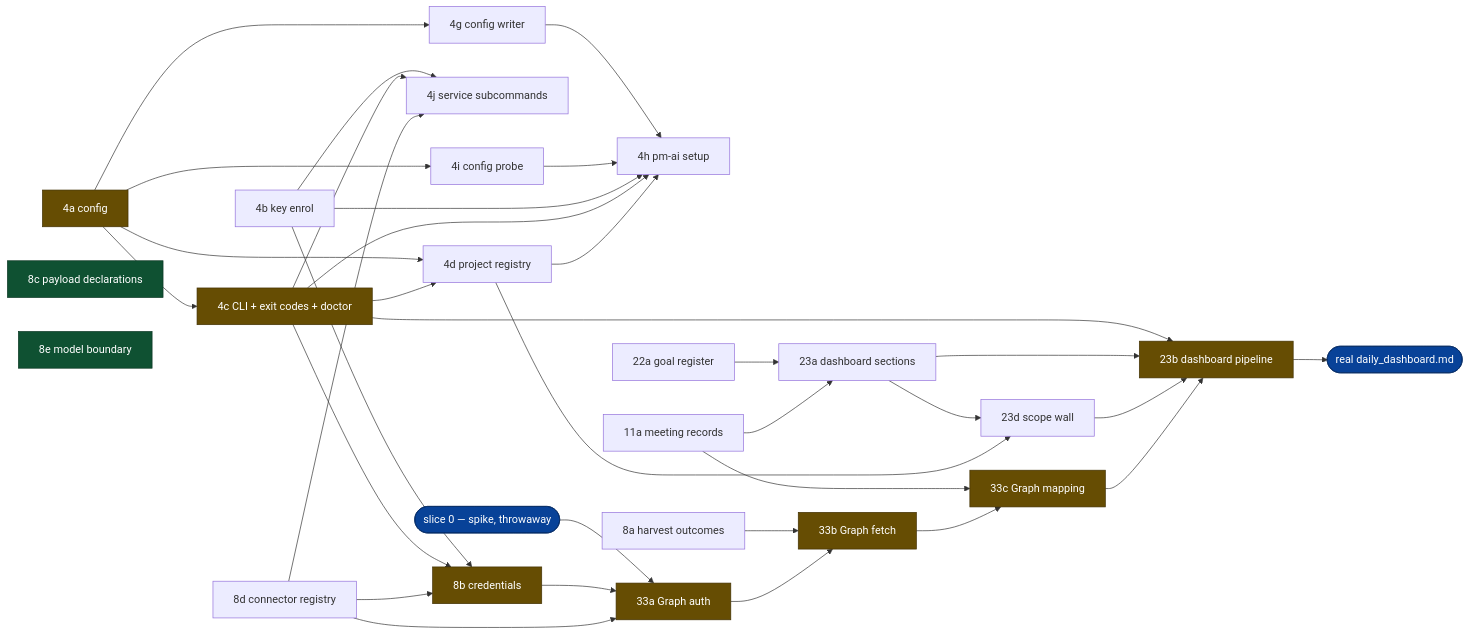
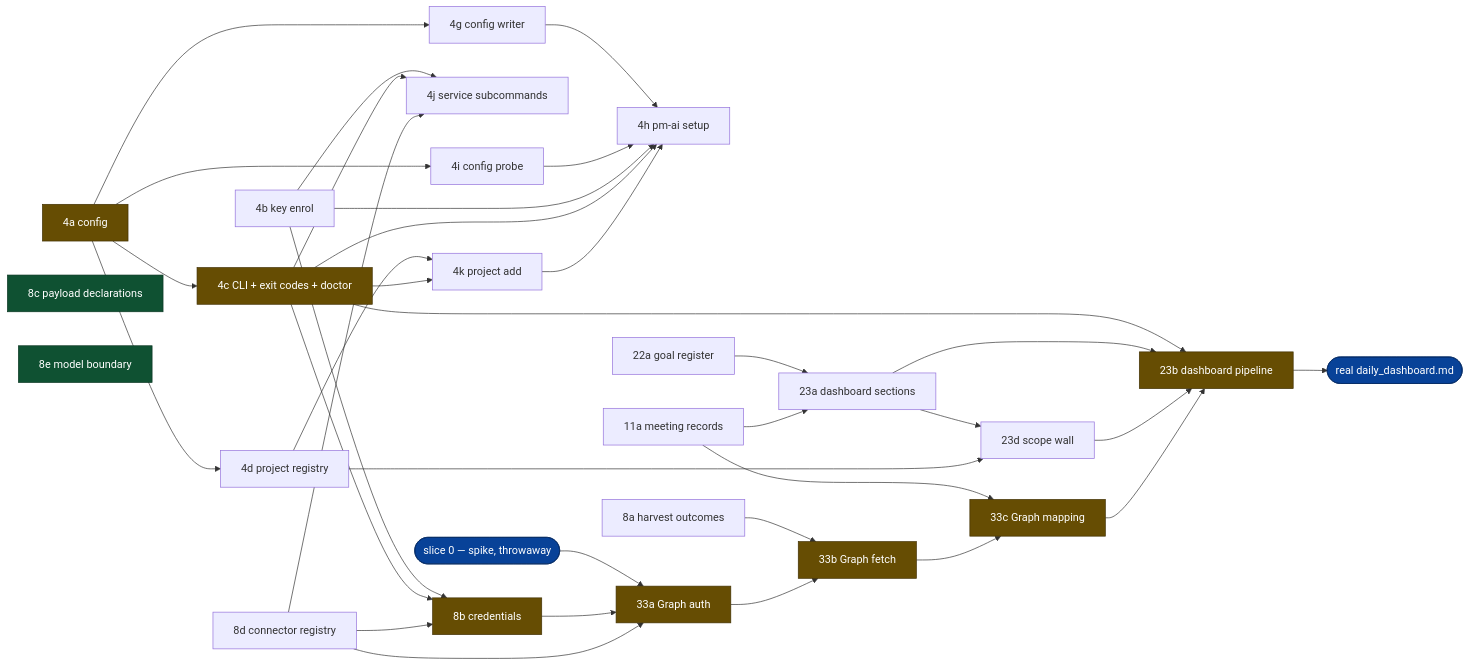
One commit to aramaniuk/pm-ai changed the third of 3 diagrams in _bmad-output/implementation-artifacts/prototype-path-2026-09-01.md. Above: the diagram before and after it, drawn with Mermaid. The commit also changed other lines of this file and 3 other files, not shown here.

````diff
--- a/_bmad-output/implementation-artifacts/prototype-path-2026-09-01.md
+++ b/_bmad-output/implementation-artifacts/prototype-path-2026-09-01.md
@@ -251,66 +251,68 @@
 ```mermaid
 flowchart LR
     s0(["slice 0 — spike, throwaway"])
     s4a["4a config"]
     s4b["4b key enrol"]
     s4c["4c CLI + exit codes + doctor"]
     s4j["4j service subcommands"]
     s4d["4d project registry"]
+    s4k["4k project add"]
     s4g["4g config writer"]
     s4i["4i config probe"]
     s4h["4h pm-ai setup"]
     s8a["8a harvest outcomes"]
     s8d["8d connector registry"]
     s8b["8b credentials"]
     s8c["8c payload declarations"]
     s8e["8e model boundary"]
     s11a["11a meeting records"]
     s22a["22a goal register"]
     s33a["33a Graph auth"]
     s33b["33b Graph fetch"]
     s33c["33c Graph mapping"]
     s23a["23a dashboard sections"]
     s23d["23d scope wall"]
     s23b["23b dashboard pipeline"]
     done(["real daily_dashboard.md"])
 
     s0 --> s33a
     s4a --> s4c
     s4b --> s4j
     s4c --> s4j
     s8d --> s4j
     s4a --> s4d
-    s4c --> s4d
     s4a --> s4g
     s4g --> s4h
     s4a --> s4i
     s4i --> s4h
     s4b --> s4h
     s4c --> s4h
-    s4d --> s4h
+    s4d --> s4k
+    s4c --> s4k
+    s4k --> s4h
     s4b --> s8b
     s4c --> s8b
     s8d --> s8b
     s8b --> s33a
     s8d --> s33a
     s8a --> s33b
     s33a --> s33b
     s11a --> s33c
     s33b --> s33c
     s22a --> s23a
     s11a --> s23a
     s23a --> s23d
     s4d --> s23d
     s4c --> s23b
     s23a --> s23b
     s23d --> s23b
     s33c --> s23b
     s23b --> done
 
     classDef crit fill:#664d03,stroke:#413003,color:#ffffff
     classDef island fill:#0f5132,stroke:#0a3622,color:#ffffff
     classDef goal fill:#084298,stroke:#052c65,color:#ffffff
     class s4a,s4c,s8b,s33a,s33b,s33c,s23b crit
     class s8c,s8e island
     class done,s0 goal
 ```
````
